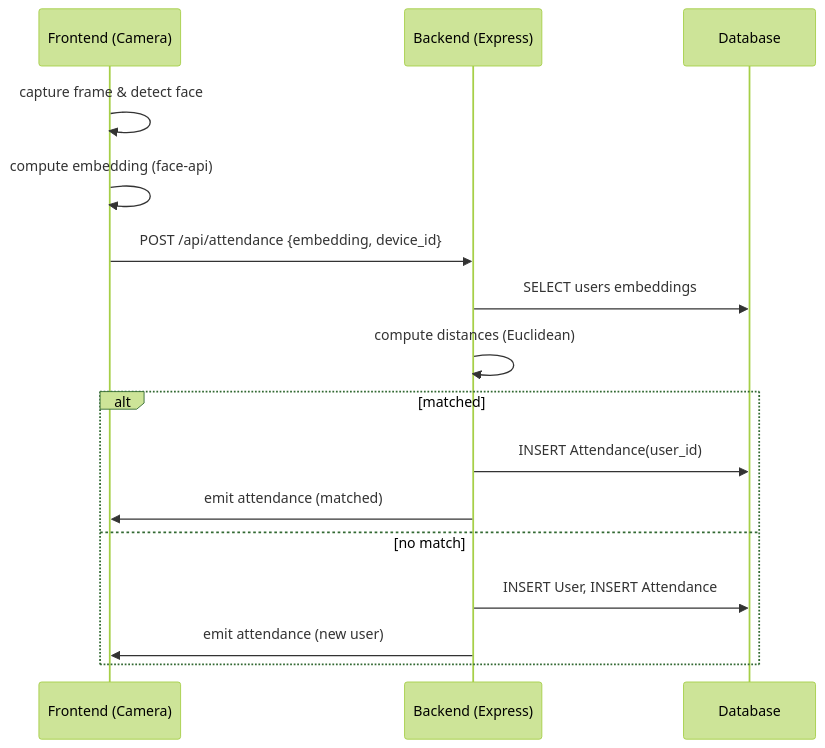
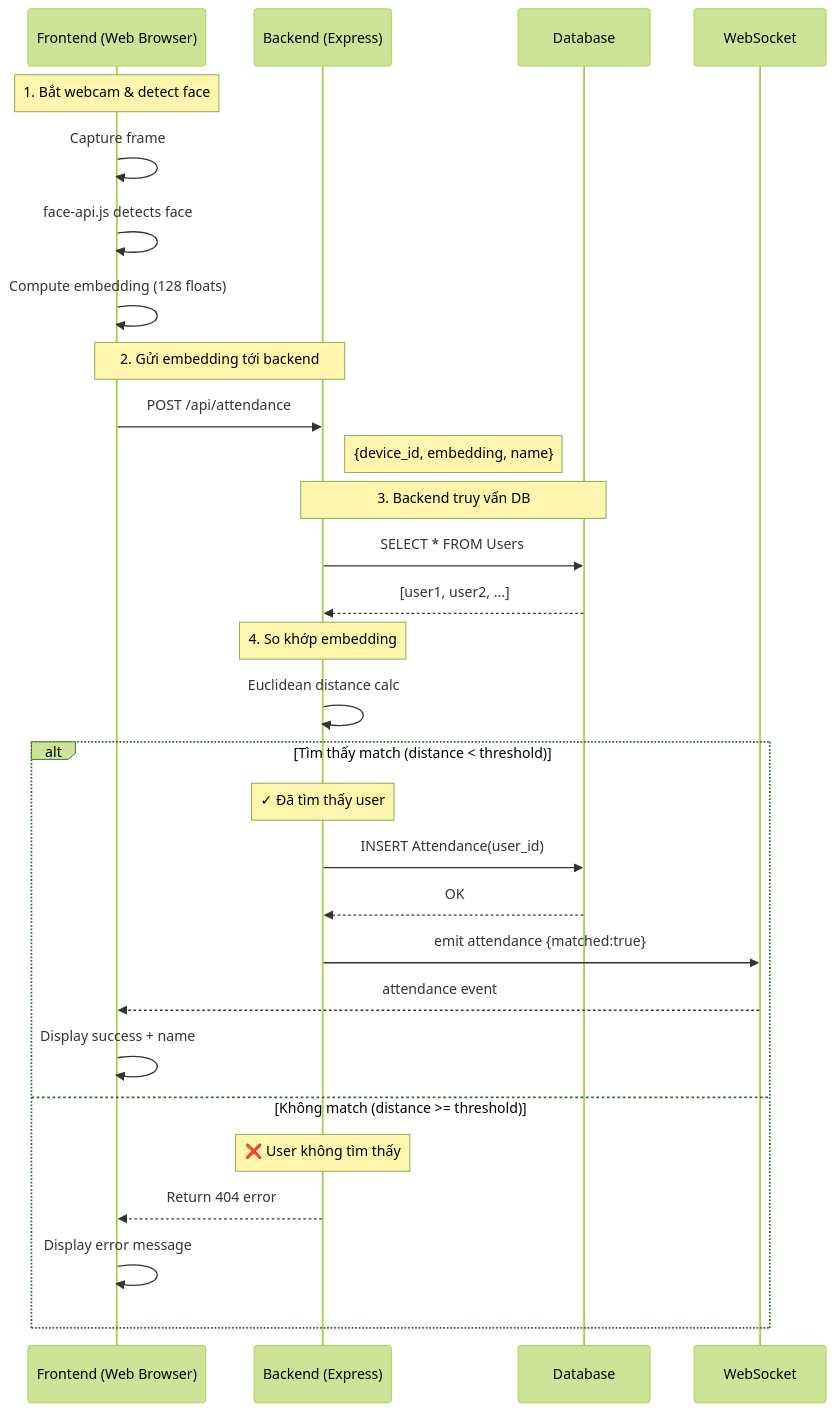
One commit to TuanAnhPhan-pika/Face-Recognition-Attendance-System changed the second of 2 diagrams in docs/data_flow.md. Above: the diagram before and after it, drawn with Mermaid (forest theme). The commit also changed other lines of this file and 16 other files, not shown here.

Commit message:
Update docs, setup scripts, and backend no-match logic

````diff
--- a/docs/data_flow.md
+++ b/docs/data_flow.md
@@ -41,18 +869,36 @@
 ```mermaid
 sequenceDiagram
-    participant Browser as Frontend (Camera)
+    participant Browser as Frontend (Web Browser)
     participant Server as Backend (Express)
     participant DB as Database
-    Browser->>Browser: capture frame & detect face
-    Browser->>Browser: compute embedding (face-api)
-    Browser->>Server: POST /api/attendance {embedding, device_id}
-    Server->>DB: SELECT users embeddings
-    Server->>Server: compute distances (Euclidean)
-    alt matched
+    participant Socket as WebSocket
+    
+    Note over Browser: 1. Bắt webcam & detect face
+    Browser->>Browser: Capture frame
+    Browser->>Browser: face-api.js detects face
+    Browser->>Browser: Compute embedding (128 floats)
+    
+    Note over Browser,Server: 2. Gửi embedding tới backend
+    Browser->>Server: POST /api/attendance
+    Note right of Server: {device_id, embedding, name}
+    
+    Note over Server,DB: 3. Backend truy vấn DB
+    Server->>DB: SELECT * FROM Users
+    DB-->>Server: [user1, user2, ...]
+    
+    Note over Server: 4. So khớp embedding
+    Server->>Server: Euclidean distance calc
+    
+    alt Tìm thấy match (distance < threshold)
+        Note over Server: ✓ Đã tìm thấy user
         Server->>DB: INSERT Attendance(user_id)
-        Server->>Browser: emit attendance (matched)
-    else no match
-        Server->>DB: INSERT User, INSERT Attendance
-        Server->>Browser: emit attendance (new user)
+        DB-->>Server: OK
+        Server->>Socket: emit attendance {matched:true}
+        Socket-->>Browser: attendance event
+        Browser->>Browser: Display success + name
+    else Không match (distance >= threshold)
+        Note over Server: ❌ User không tìm thấy
+        Server-->>Browser: Return 404 error
+        Browser->>Browser: Display error message
     end
 ```
````
